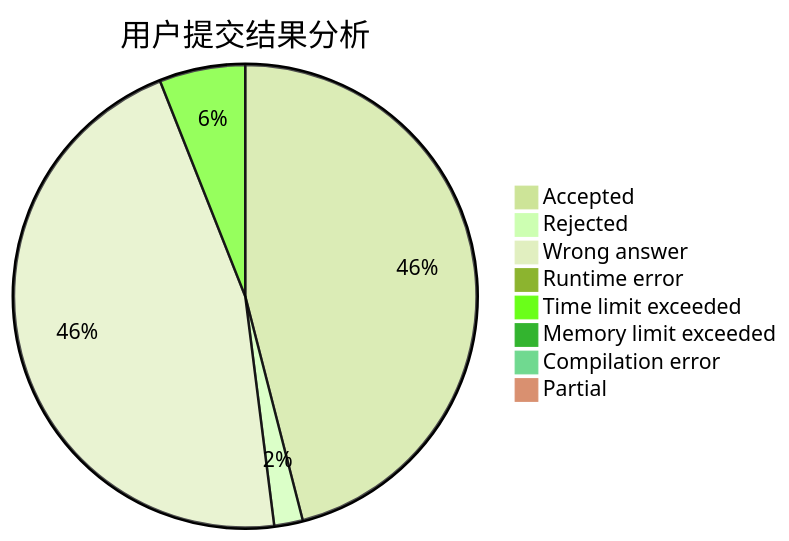
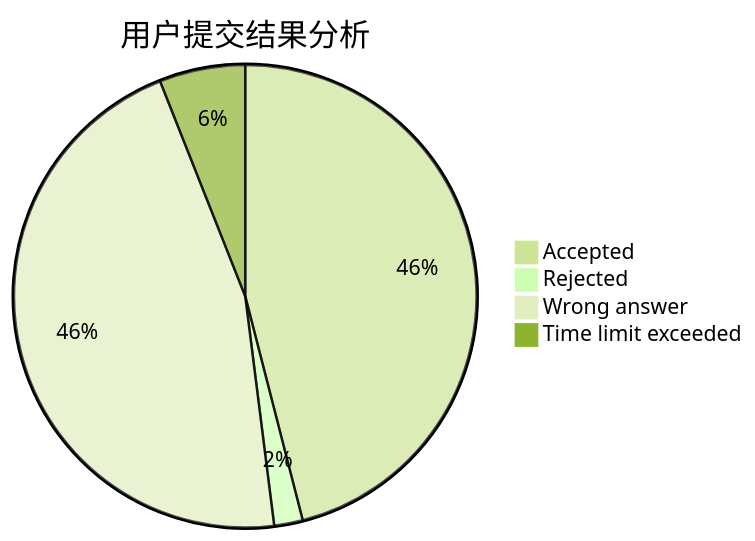
The first of 3 diagrams in docs/user/u2224.md (sherpahu/cfrs.github.io), drawn with Mermaid (forest theme) before and after one commit. The commit also changed other lines of this file and 2770 other files, not shown here.

````diff
--- a/docs/user/u2224.md
+++ b/docs/user/u2224.md
@@ -5,11 +5,7 @@
 ```mermaid
 pie title 用户提交结果分析
     "Accepted" :  23
     "Rejected" :  1
     "Wrong answer" :  23
-    "Runtime error" :  0
     "Time limit exceeded" :  3
-    "Memory limit exceeded" :  0
-    "Compilation error" :  0
-    "Partial" :  0
 ```
````
